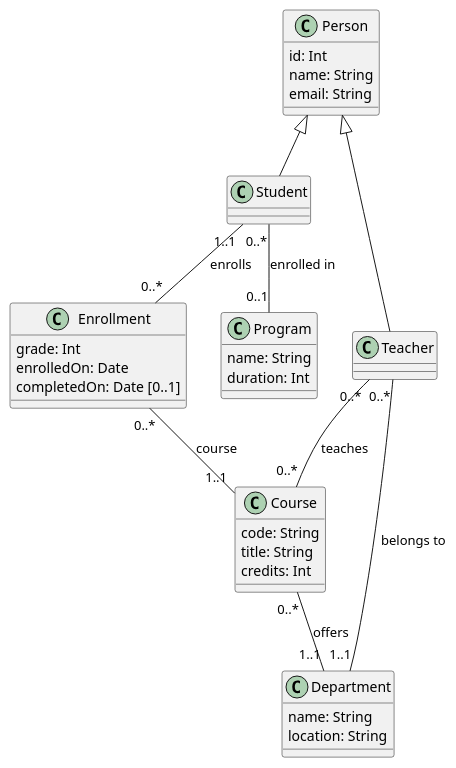
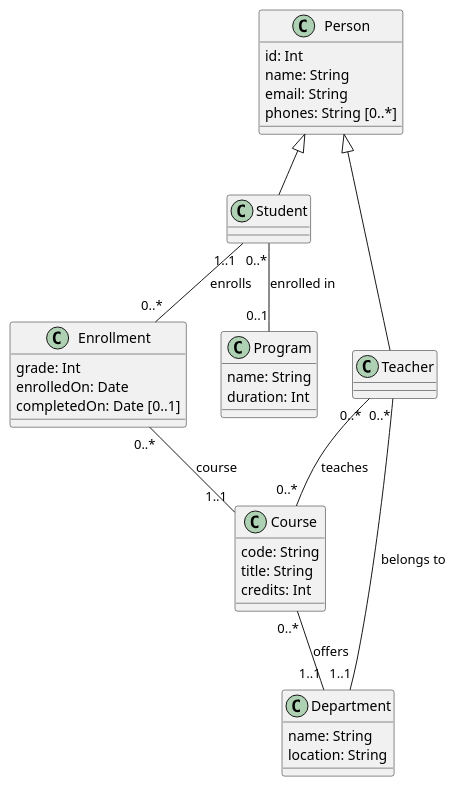
Before and after one commit to MarkSeliverstov/NPRG036-data-formats: the diagram in HW1/domain.puml, drawn with PlantUML. The commit also changed 2 other files, not shown here.

Commit message:
chore: add phones string list atribute to person

```diff
--- a/HW1/domain.puml
+++ b/HW1/domain.puml
@@ -1,47 +1,48 @@
 @startuml
 
 class Person {
   id: Int
   name: String
   email: String
+  phones: String [0..*]
 }
 
 class Student { }
 
 class Teacher { }
 
 class Course {
   code: String
   title: String
   credits: Int
 }
 
 class Enrollment {
   grade: Int
   enrolledOn: Date
   completedOn: Date [0..1]
 }
 
 class Department {
   name: String
   location: String
 }
 
 class Program {
   name: String
   duration: Int
 }
 
 Person <|-- Student
 Person <|-- Teacher
 
 Student "1..1" -- "0..*" Enrollment : enrolls
 Enrollment "0..*" -- "1..1" Course : course
 
 Teacher "0..*" -- "0..*" Course : teaches
 Teacher "0..*" -- "1..1" Department : belongs to
 
 Course "0..*" -- "1..1" Department : offers
 Student "0..*" -- "0..1" Program : enrolled in
 
 @enduml
```
